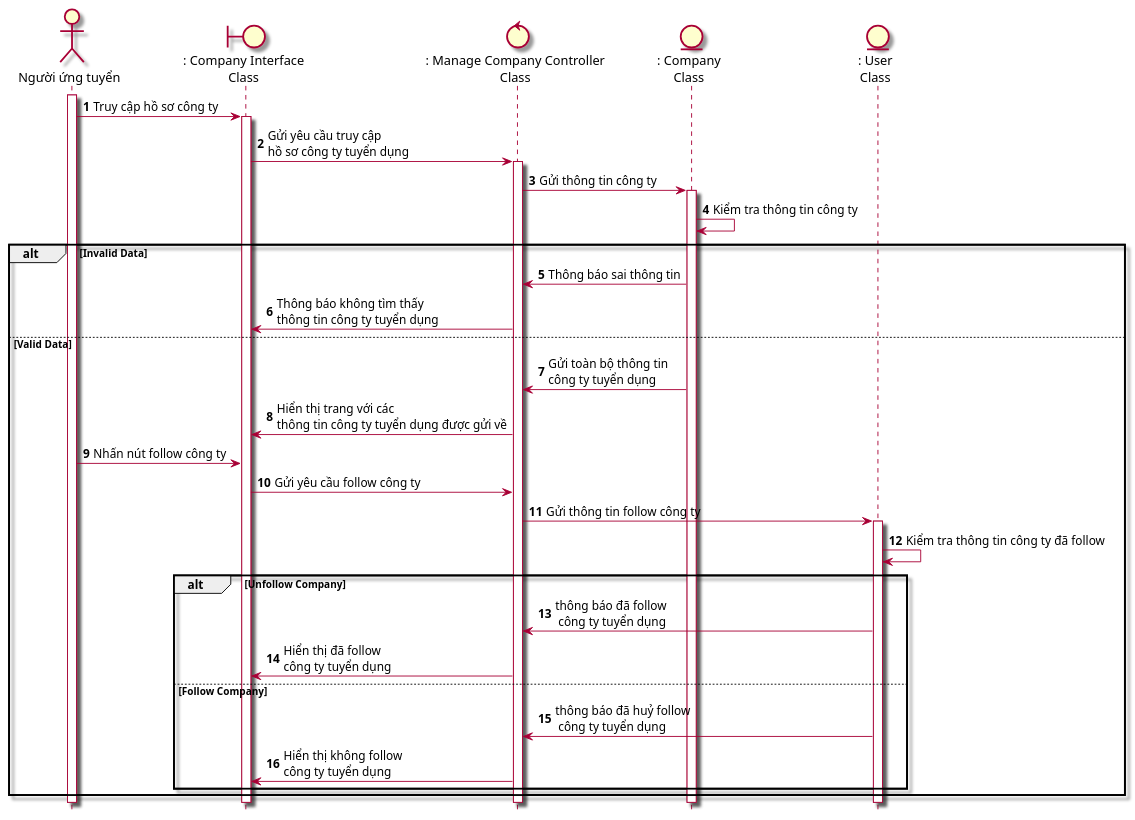
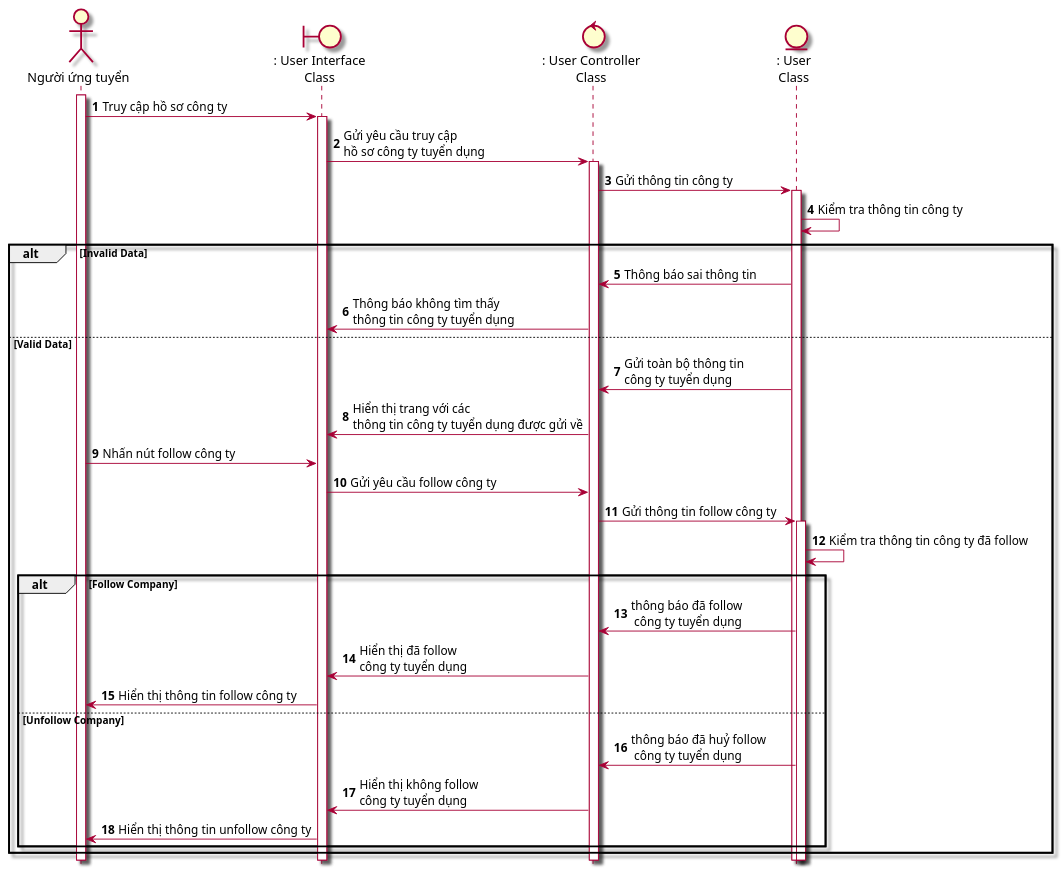
The diagram in Lab1/Lab 1.2 Diagram/Sequence/FilePUML/3.1 SeqTheoDoiCongTyTuyenDung.puml (Griselda4774/EAS-EmploymentAssistanceSystem), drawn with PlantUML before and after one commit. The commit also changed 12 other files, not shown here.

```diff
--- a/Lab1/Lab 1.2 Diagram/Sequence/FilePUML/3.1 SeqTheoDoiCongTyTuyenDung.puml
+++ b/Lab1/Lab 1.2 Diagram/Sequence/FilePUML/3.1 SeqTheoDoiCongTyTuyenDung.puml
@@ -1,33 +1,35 @@
 @startuml SeqTheoDoiCongTyTuyenDung
 skin rose 
 hide footbox
 actor nguoiUngTuyen as "Người ứng tuyển"
-boundary companyInterface as ": Company Interface\nClass"
-control manageCompanyController as ": Manage Company Controller\nClass"
-entity Company as ": Company\nClass"
+boundary userInterface as ": User Interface\nClass"
+control userController as ": User Controller\nClass"
 entity User as ": User\nClass"
 nguoiUngTuyen++
 autonumber
-nguoiUngTuyen -> companyInterface++: Truy cập hồ sơ công ty
-companyInterface -> manageCompanyController++: Gửi yêu cầu truy cập \nhồ sơ công ty tuyển dụng
-manageCompanyController -> Company++: Gửi thông tin công ty
-Company -> Company: Kiểm tra thông tin công ty 
+nguoiUngTuyen -> userInterface++: Truy cập hồ sơ công ty
+userInterface -> userController++: Gửi yêu cầu truy cập \nhồ sơ công ty tuyển dụng
+userController -> User++: Gửi thông tin công ty
+User -> User: Kiểm tra thông tin công ty 
 alt Invalid Data
-Company -> manageCompanyController: Thông báo sai thông tin
-manageCompanyController-> companyInterface: Thông báo không tìm thấy\nthông tin công ty tuyển dụng
+User -> userController: Thông báo sai thông tin
+userController-> userInterface: Thông báo không tìm thấy\nthông tin công ty tuyển dụng
 else Valid Data
-Company -> manageCompanyController: Gửi toàn bộ thông tin \ncông ty tuyển dụng
-manageCompanyController -> companyInterface: Hiển thị trang với các \nthông tin công ty tuyển dụng được gửi về
-nguoiUngTuyen -> companyInterface: Nhấn nút follow công ty
-companyInterface -> manageCompanyController: Gửi yêu cầu follow công ty
-manageCompanyController -> User++: Gửi thông tin follow công ty
+User -> userController: Gửi toàn bộ thông tin \ncông ty tuyển dụng
+userController -> userInterface: Hiển thị trang với các \nthông tin công ty tuyển dụng được gửi về
+nguoiUngTuyen -> userInterface: Nhấn nút follow công ty
+userInterface -> userController: Gửi yêu cầu follow công ty
+userController -> User++: Gửi thông tin follow công ty
 User -> User: Kiểm tra thông tin công ty đã follow
-    alt Unfollow Company
-        User -> manageCompanyController: thông báo đã follow\n công ty tuyển dụng
-        manageCompanyController->companyInterface: Hiển thị đã follow \ncông ty tuyển dụng
-    else Follow Company
-        User -> manageCompanyController: thông báo đã huỷ follow\n công ty tuyển dụng
-        manageCompanyController->companyInterface: Hiển thị không follow \ncông ty tuyển dụng
+    alt Follow Company
+        User -> userController: thông báo đã follow\n công ty tuyển dụng
+        userController->userInterface: Hiển thị đã follow \ncông ty tuyển dụng
+        userInterface->nguoiUngTuyen: Hiển thị thông tin follow công ty
+    else Unfollow Company
+        User -> userController: thông báo đã huỷ follow\n công ty tuyển dụng
+        userController->userInterface: Hiển thị không follow \ncông ty tuyển dụng
+        userInterface->nguoiUngTuyen: Hiển thị thông tin unfollow công ty
+
     end
 end
 @enduml
```
